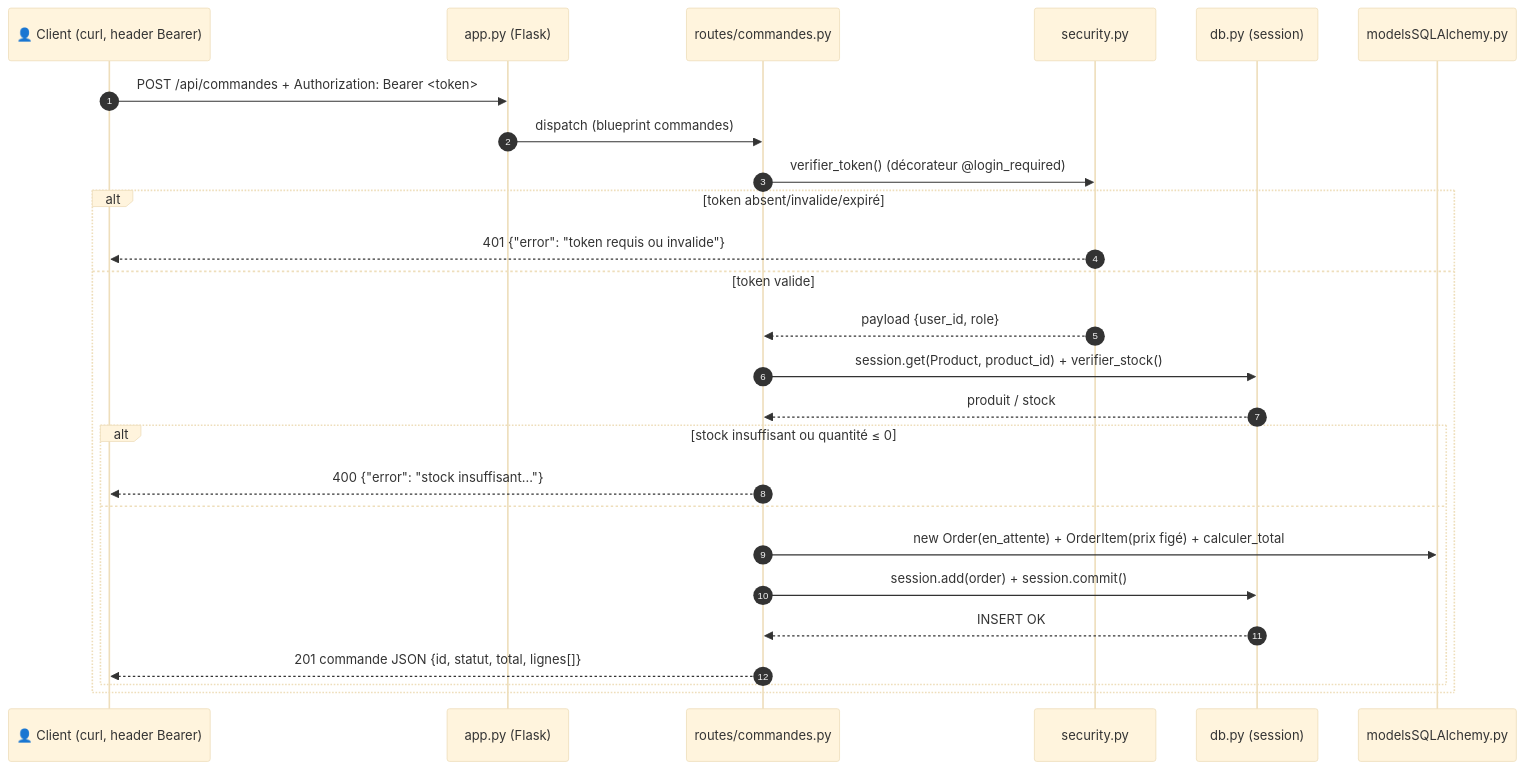
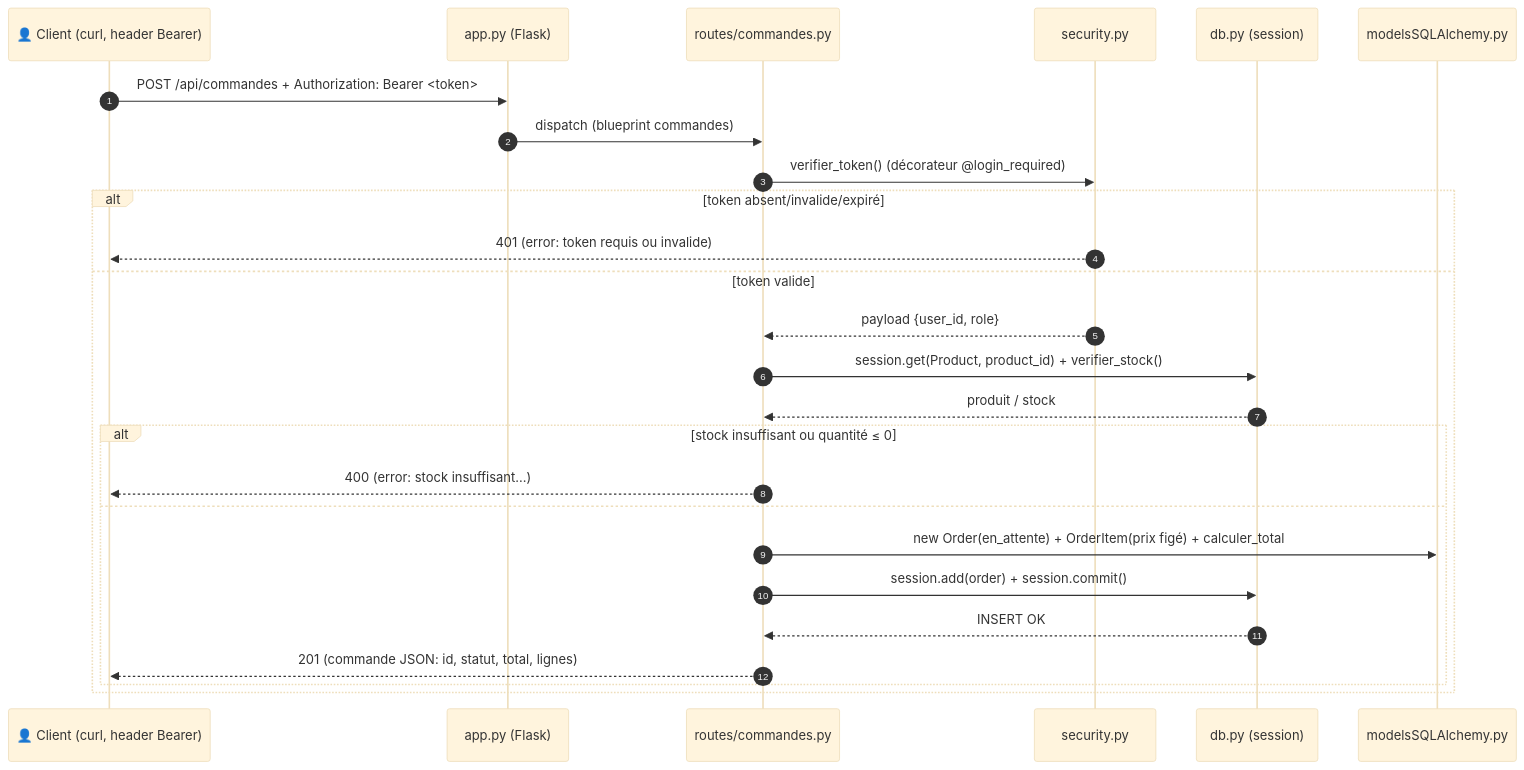
Before and after one commit to ericlacombe/mon-projet-handson-python: the eighth of 8 diagrams in docs/uml-projet.md, drawn with Mermaid (base theme). The commit also changed other lines of this file, not shown here.

Commit message:
docs(uml-projet.md) : corrige le rendu Mermaid — étiquettes entre guillemets (parenthèses dans CRE), note classDiagram en <br/>, cas d'utilisation cités, messages de séquence sans accolades

````diff
--- a/docs/uml-projet.md
+++ b/docs/uml-projet.md
@@ -304,29 +304,29 @@
 ```mermaid
 %% LÉGENDE : idem 3.1 · la vérification du token a lieu AVANT l'exécution de la route (décorateur @login_required)
 sequenceDiagram
     autonumber
     participant C as 👤 Client (curl, header Bearer)
     participant F as app.py (Flask)
     participant R as routes/commandes.py
     participant S as security.py
     participant D as db.py (session)
     participant M as modelsSQLAlchemy.py
     C->>F: POST /api/commandes + Authorization: Bearer <token>
     F->>R: dispatch (blueprint commandes)
     R->>S: verifier_token() (décorateur @login_required)
     alt token absent/invalide/expiré
-        S-->>C: 401 {"error": "token requis ou invalide"}
+        S-->>C: 401 (error: token requis ou invalide)
     else token valide
         S-->>R: payload {user_id, role}
         R->>D: session.get(Product, product_id) + verifier_stock()
         D-->>R: produit / stock
         alt stock insuffisant ou quantité ≤ 0
-            R-->>C: 400 {"error": "stock insuffisant..."}
+            R-->>C: 400 (error: stock insuffisant...)
         else
             R->>M: new Order(en_attente) + OrderItem(prix figé) + calculer_total
             R->>D: session.add(order) + session.commit()
             D-->>R: INSERT OK
-            R-->>C: 201 commande JSON {id, statut, total, lignes[]}
+            R-->>C: 201 (commande JSON: id, statut, total, lignes)
         end
     end
 ```
````
